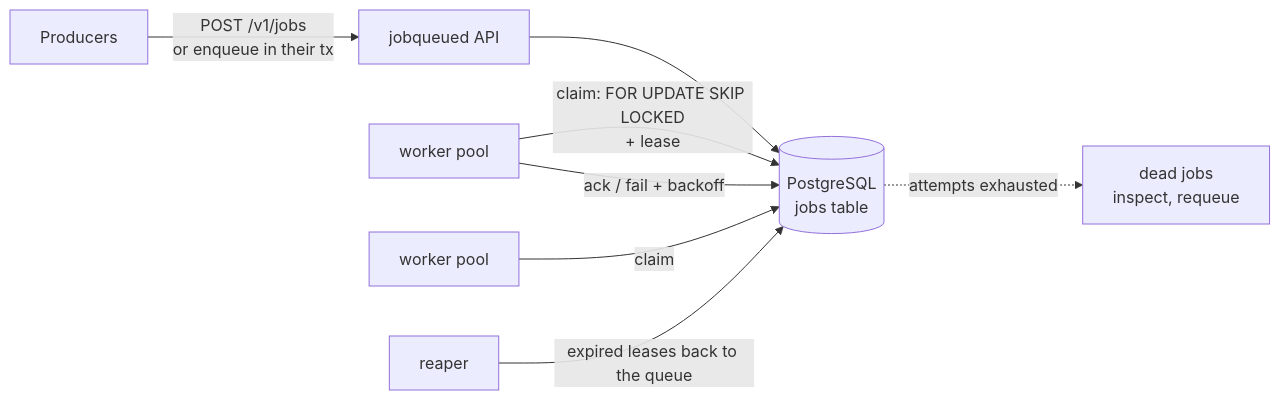
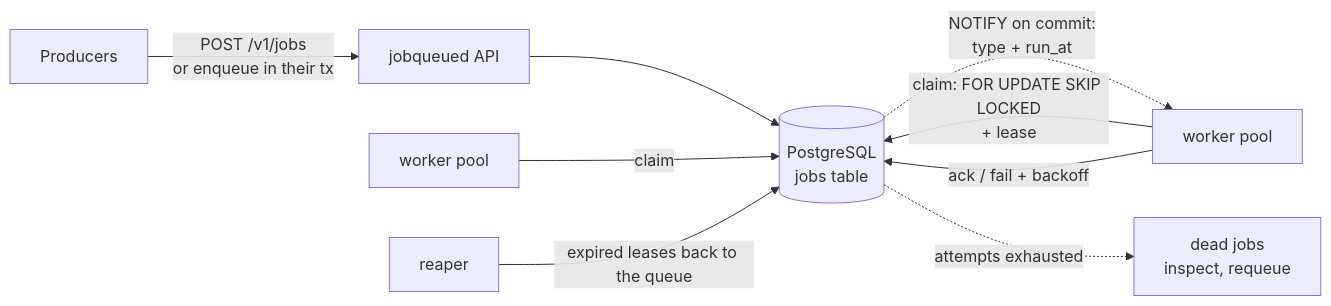
One commit to Nguyenngoctruong274/go-jobqueue changed the first of 2 diagrams in README.md. Above: the diagram before and after it, drawn with Mermaid. The commit also changed other lines of this file and 1 other file, not shown here.

First line of the commit message:
test(e2e): run the whole service against PostgreSQL over HTTP

````diff
--- a/README.md
+++ b/README.md
@@ -40,10 +40,11 @@
 ```mermaid
 flowchart LR
     P[Producers] -->|POST /v1/jobs<br/>or enqueue in their tx| API[jobqueued API]
     API --> DB[(PostgreSQL<br/>jobs table)]
     W1[worker pool] -->|claim: FOR UPDATE SKIP LOCKED<br/>+ lease| DB
     W2[worker pool] -->|claim| DB
     W1 -->|ack / fail + backoff| DB
     R[reaper] -->|expired leases back to the queue| DB
+    DB -. NOTIFY on commit:<br/>type + run_at .-> W1
     DB -. attempts exhausted .-> DLQ[dead jobs<br/>inspect, requeue]
 ```
````
